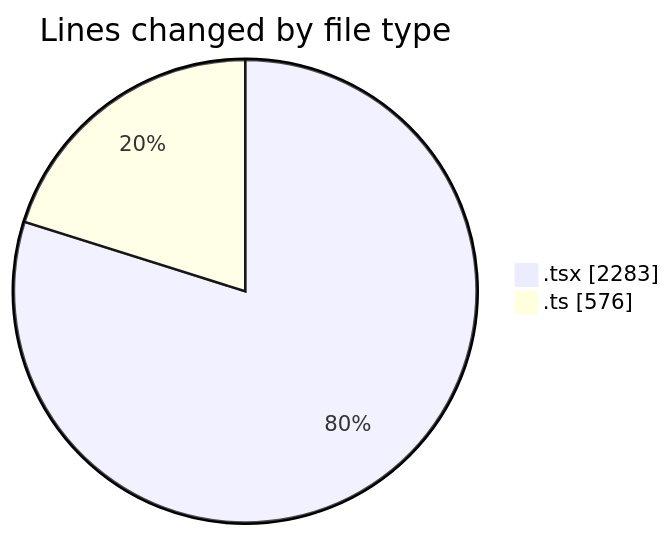
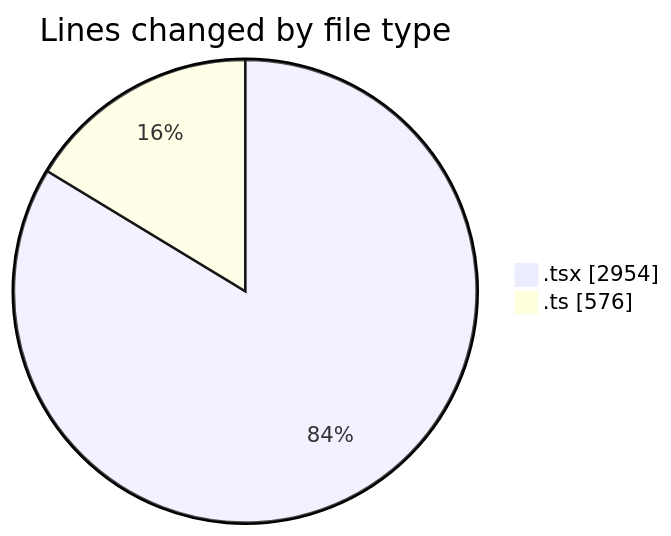
One commit to nxtqubesakshisongat/code-tracking changed the first of 2 diagrams in 2026-02-22/nxtqube_webapp/README.md. Above: the diagram before and after it, drawn with Mermaid. The commit also changed other lines of this file and 1 other file, not shown here.

````diff
--- a/2026-02-22/nxtqube_webapp/README.md
+++ b/2026-02-22/nxtqube_webapp/README.md
@@ -22,6 +22,6 @@
 ```mermaid
 pie showData
 title Lines changed by file type
-".tsx" : 2283
+".tsx" : 2954
 ".ts" : 576
 ```
````
